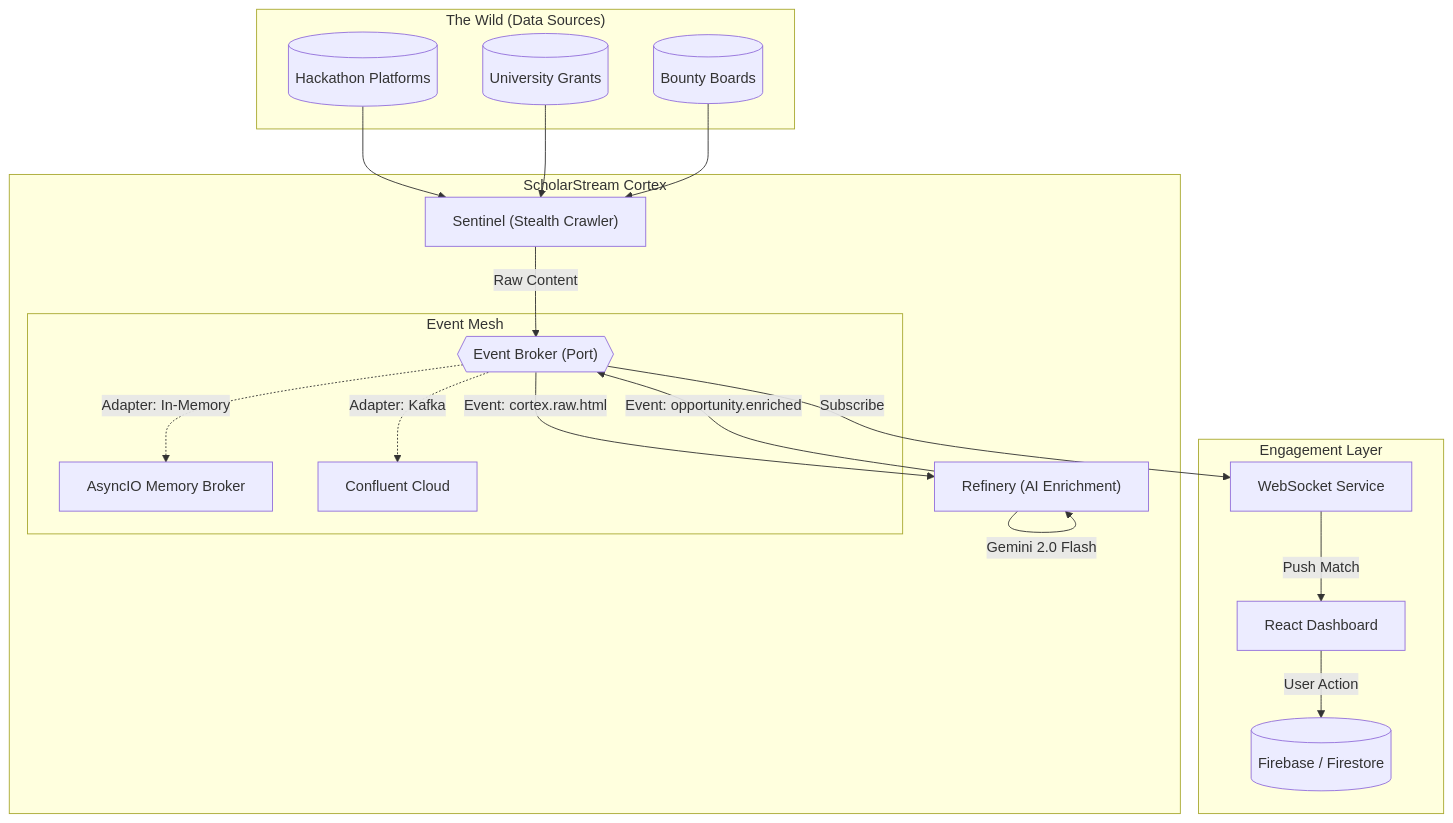
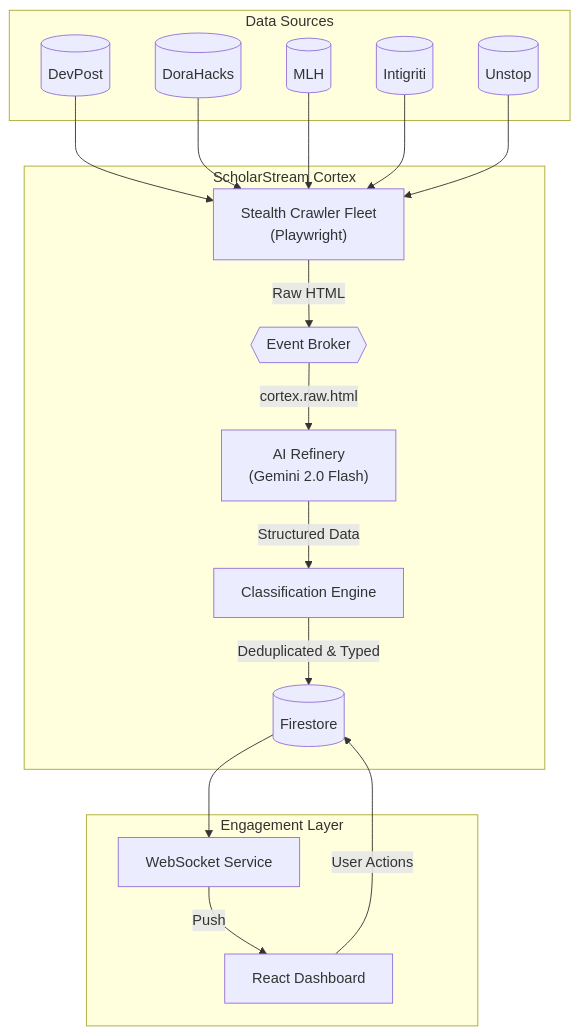
The diagram in README.md (Muhammadurasheed/scholarstream-monorepo), drawn with Mermaid before and after one commit. The commit also changed other lines of this file and 5 other files, not shown here.

````diff
--- a/README.md
+++ b/README.md
@@ -20,31 +51,29 @@
 ```mermaid
 graph TD
-    subgraph "The Wild (Data Sources)"
-        W1[("Hackathon Platforms")]
-        W2[("University Grants")]
-        W3[("Bounty Boards")]
+    subgraph "Data Sources"
+        W1[("DevPost")]
+        W2[("DoraHacks")]
+        W3[("MLH")]
+        W4[("Intigriti")]
+        W5[("Unstop")]
     end
 
     subgraph "ScholarStream Cortex"
-        S1["Sentinel (Stealth Crawler)"] --> |"Raw Content"| EB{{"Event Broker (Port)"}}
-        
-        subgraph "Event Mesh"
-            EB -.-> |"Adapter: In-Memory"| MB["AsyncIO Memory Broker"]
-            EB -.-> |"Adapter: Kafka"| KB["Confluent Cloud"]
-        end
-
-        EB --> |"Event: cortex.raw.html"| R1["Refinery (AI Enrichment)"]
-        R1 --> |"Gemini 2.0 Flash"| R1
-        R1 --> |"Event: opportunity.enriched"| EB
+        S1["Stealth Crawler Fleet<br/>(Playwright)"] --> |"Raw HTML"| EB{{"Event Broker"}}
+        EB --> |"cortex.raw.html"| R1["AI Refinery<br/>(Gemini 2.0 Flash)"]
+        R1 --> |"Structured Data"| CL["Classification Engine"]
+        CL --> |"Deduplicated & Typed"| DB[("Firestore")]
     end
 
     subgraph "Engagement Layer"
-        EB --> |"Subscribe"| WS["WebSocket Service"]
-        WS --> |"Push Match"| UI["React Dashboard"]
-        UI --> |"User Action"| DB[("Firebase / Firestore")]
+        DB --> WS["WebSocket Service"]
+        WS --> |"Push"| UI["React Dashboard"]
+        UI --> |"User Actions"| DB
     end
 
     W1 --> S1
     W2 --> S1
     W3 --> S1
+    W4 --> S1
+    W5 --> S1
 ```
````
